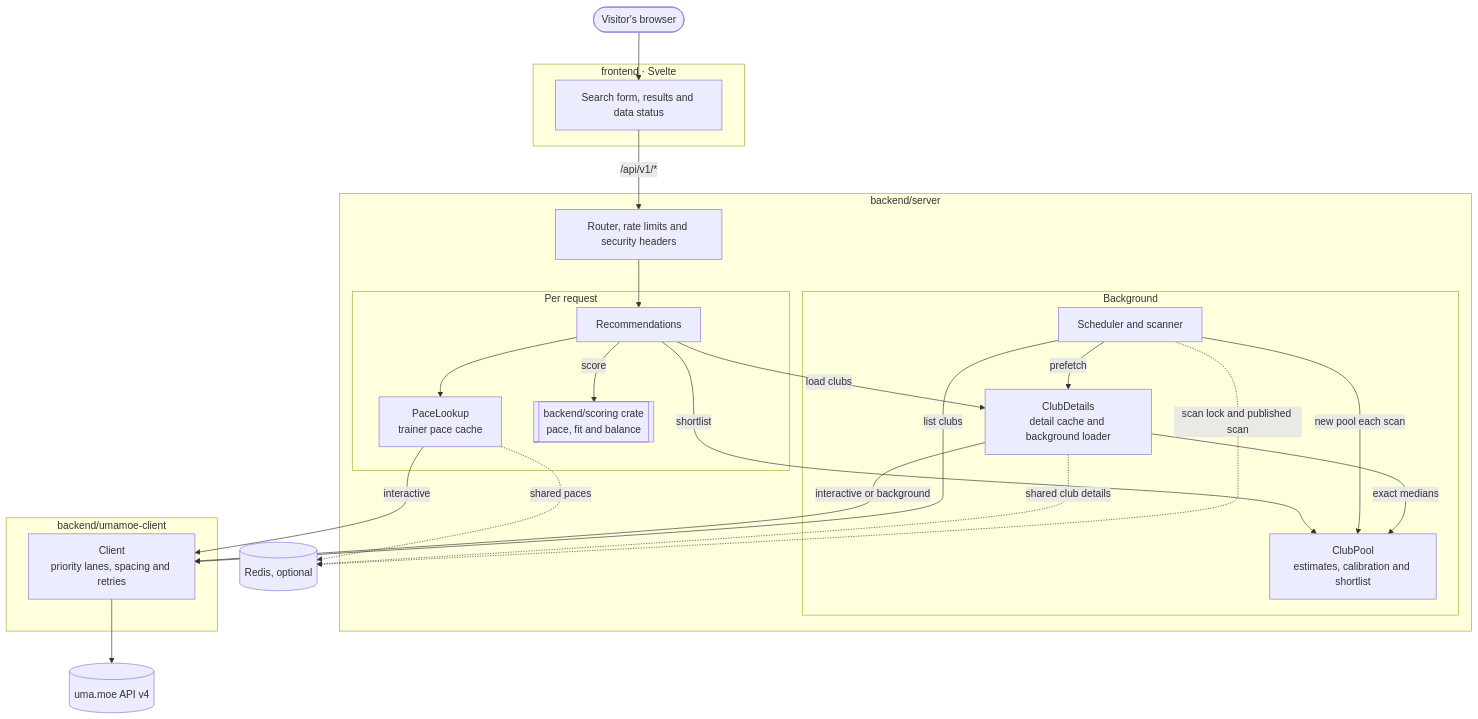
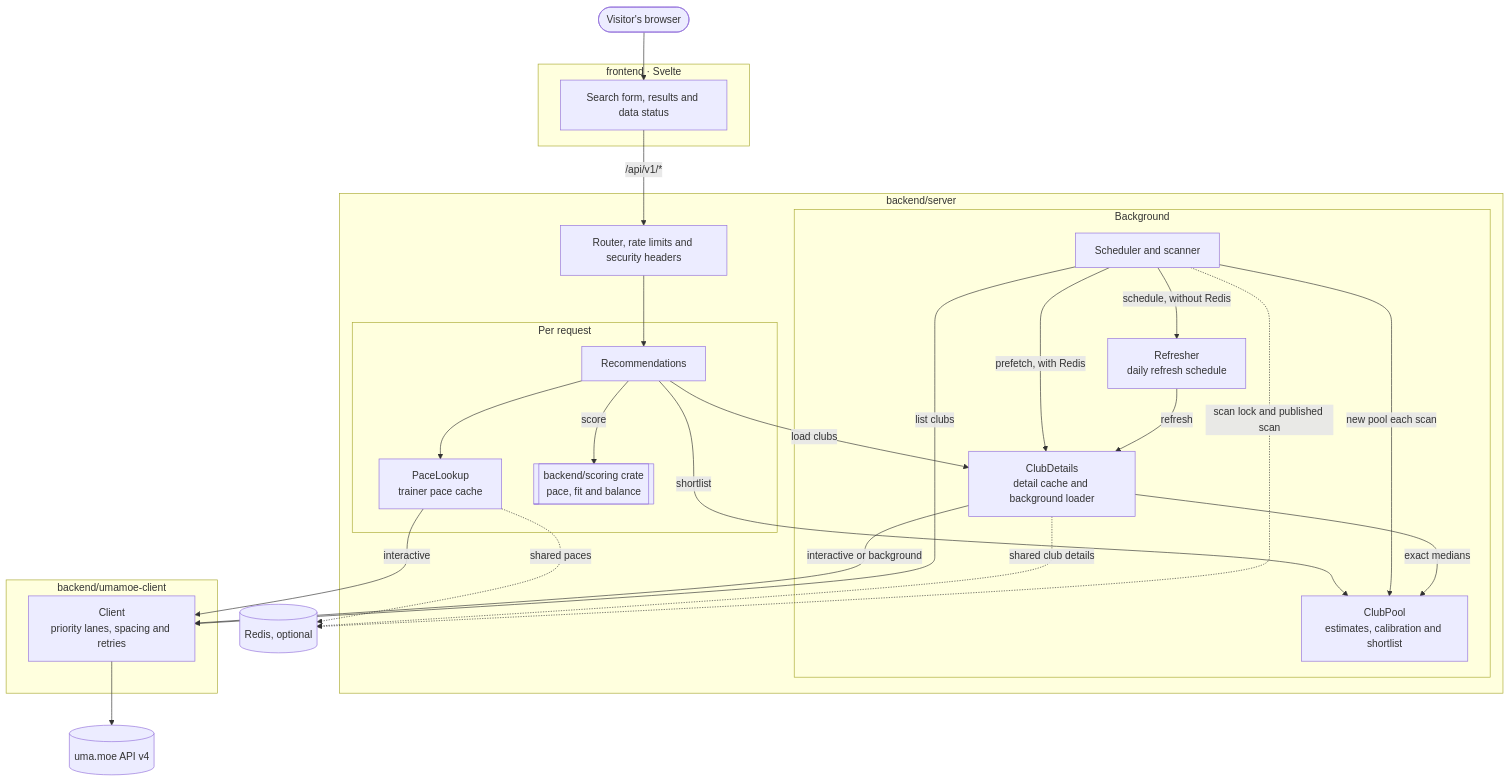
Before and after one commit to AbnormallyGrim/uma-stable-match: the diagram in ARCHITECTURE.md, drawn with Mermaid. The commit also changed other lines of this file and 14 other files, not shown here.

First line of the commit message:
feat: refresh club details after uma.moe's daily update without Redis (#121) (#125)

````diff
--- a/ARCHITECTURE.md
+++ b/ARCHITECTURE.md
@@ -5,47 +5,50 @@
 ```mermaid
 flowchart TB
     visitor([Visitor's browser])
 
     subgraph frontend [frontend · Svelte]
         ui[Search form, results and data status]
     end
 
     subgraph server [backend/server]
         router[Router, rate limits and security headers]
         subgraph requests [Per request]
             recs[Recommendations]
             paces[PaceLookup<br/>trainer pace cache]
             scoring[[backend/scoring crate<br/>pace, fit and balance]]
         end
         subgraph shared [Background]
             scanner[Scheduler and scanner]
             pool[ClubPool<br/>estimates, calibration and shortlist]
             details[ClubDetails<br/>detail cache and background loader]
+            refresher[Refresher<br/>daily refresh schedule]
         end
     end
 
     subgraph client [backend/umamoe-client]
         api[Client<br/>priority lanes, spacing and retries]
     end
 
     umamoe[(uma.moe API v4)]
     redis[(Redis, optional)]
 
     visitor --> ui
     ui -- "/api/v1/*" --> router
     router --> recs
     recs --> paces
     recs -- "shortlist" --> pool
     recs -- "load clubs" --> details
     recs -- "score" --> scoring
     scanner -- "new pool each scan" --> pool
-    scanner -- "prefetch" --> details
+    scanner -- "prefetch, with Redis" --> details
+    scanner -- "schedule, without Redis" --> refresher
+    refresher -- "refresh" --> details
     details -- "exact medians" --> pool
     paces -- "interactive" --> api
     details -- "interactive or background" --> api
     scanner -- "list clubs" --> api
     api --> umamoe
     paces -. "shared paces" .-> redis
     details -. "shared club details" .-> redis
     scanner -. "scan lock and published scan" .-> redis
 ```
````
